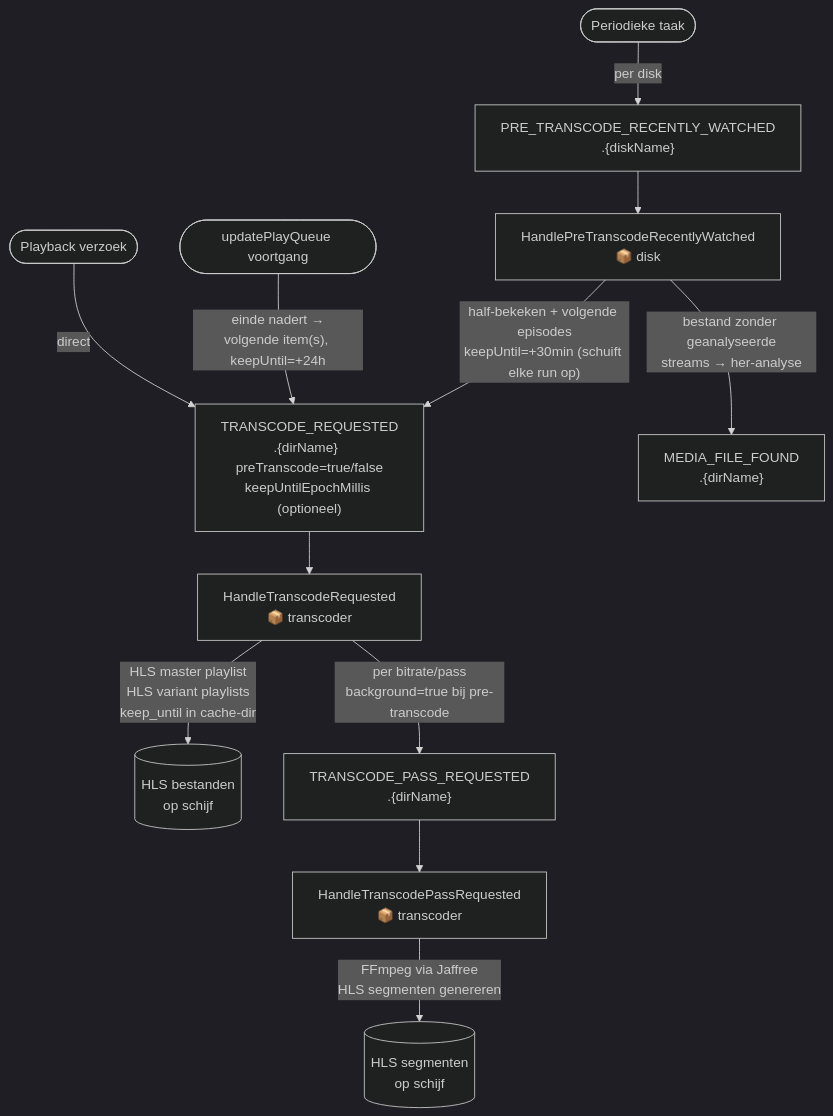
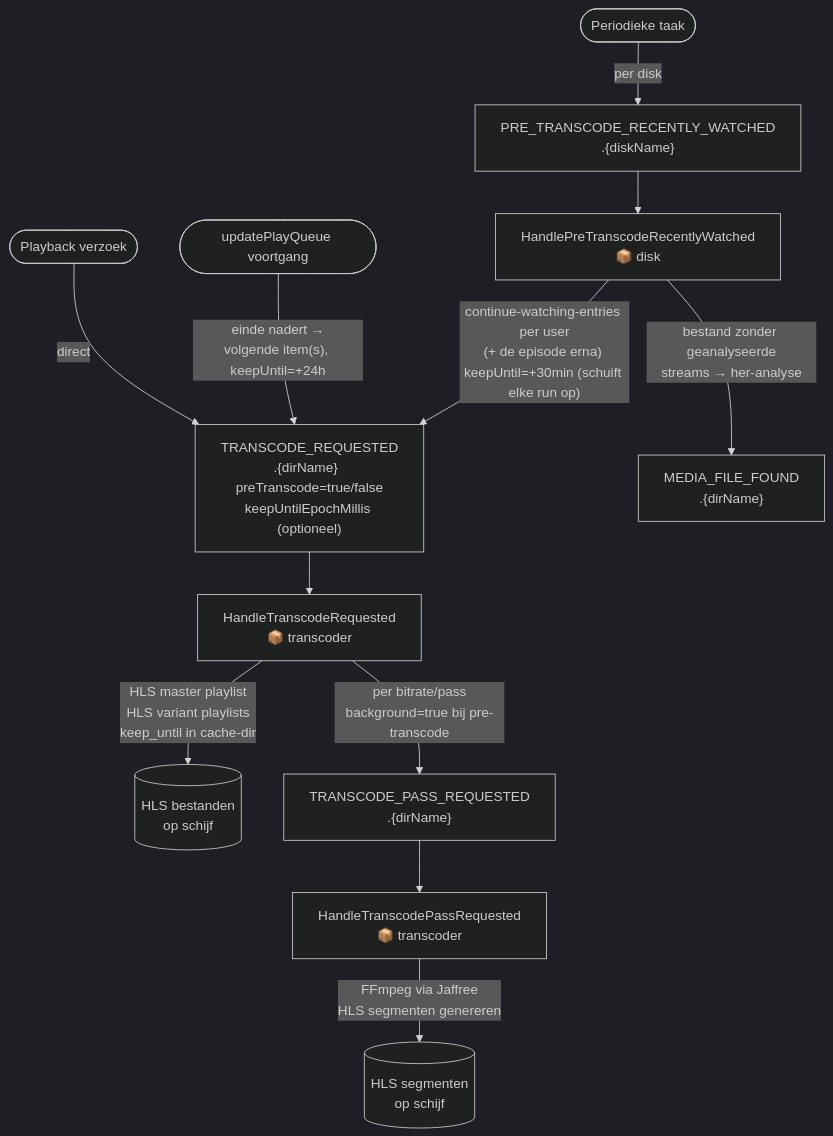
One commit to ister-app/server changed the fifth of 8 diagrams in EVENT_FLOWS.md. Above: the diagram before and after it, drawn with Mermaid (dark theme). The commit also changed other lines of this file and 32 other files, not shown here.

````diff
--- a/EVENT_FLOWS.md
+++ b/EVENT_FLOWS.md
@@ -202,20 +202,20 @@
 ```mermaid
 flowchart TD
     TrigA([Periodieke taak]) -->|"per disk"| A
     TrigB([Playback verzoek]) -->|direct| B
     TrigC([updatePlayQueue voortgang]) -->|"einde nadert →\nvolgende item(s), keepUntil=+24h"| B
 
     A["PRE_TRANSCODE_RECENTLY_WATCHED\n.{diskName}"]
     A --> PA["HandlePreTranscodeRecentlyWatched\n📦 disk"]
-    PA -->|"half-bekeken + volgende episodes\nkeepUntil=+30min (schuift elke run op)"| B
+    PA -->|"continue-watching-entries per user\n(+ de episode erna) \nkeepUntil=+30min (schuift elke run op)"| B
     PA -->|"bestand zonder geanalyseerde\nstreams → her-analyse"| MFF["MEDIA_FILE_FOUND\n.{dirName}"]
 
     B["TRANSCODE_REQUESTED\n.{dirName}  preTranscode=true/false\nkeepUntilEpochMillis (optioneel)"]
     B --> PB["HandleTranscodeRequested\n📦 transcoder"]
     PB -->|"HLS master playlist\nHLS variant playlists\nkeep_until in cache-dir"| FS1[("HLS bestanden\nop schijf")]
     PB -->|"per bitrate/pass\nbackground=true bij pre-transcode"| C
 
     C["TRANSCODE_PASS_REQUESTED\n.{dirName}"]
     C --> PC["HandleTranscodePassRequested\n📦 transcoder"]
     PC -->|"FFmpeg via Jaffree\nHLS segmenten genereren"| FS2[("HLS segmenten\nop schijf")]
 ```
````
